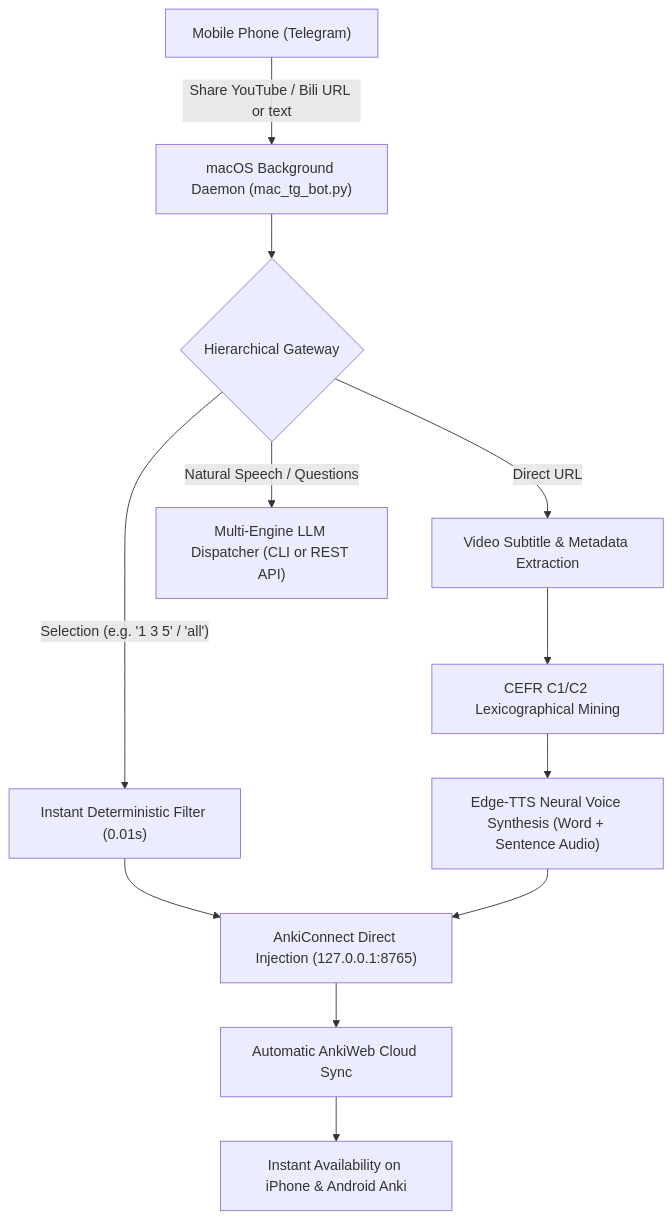
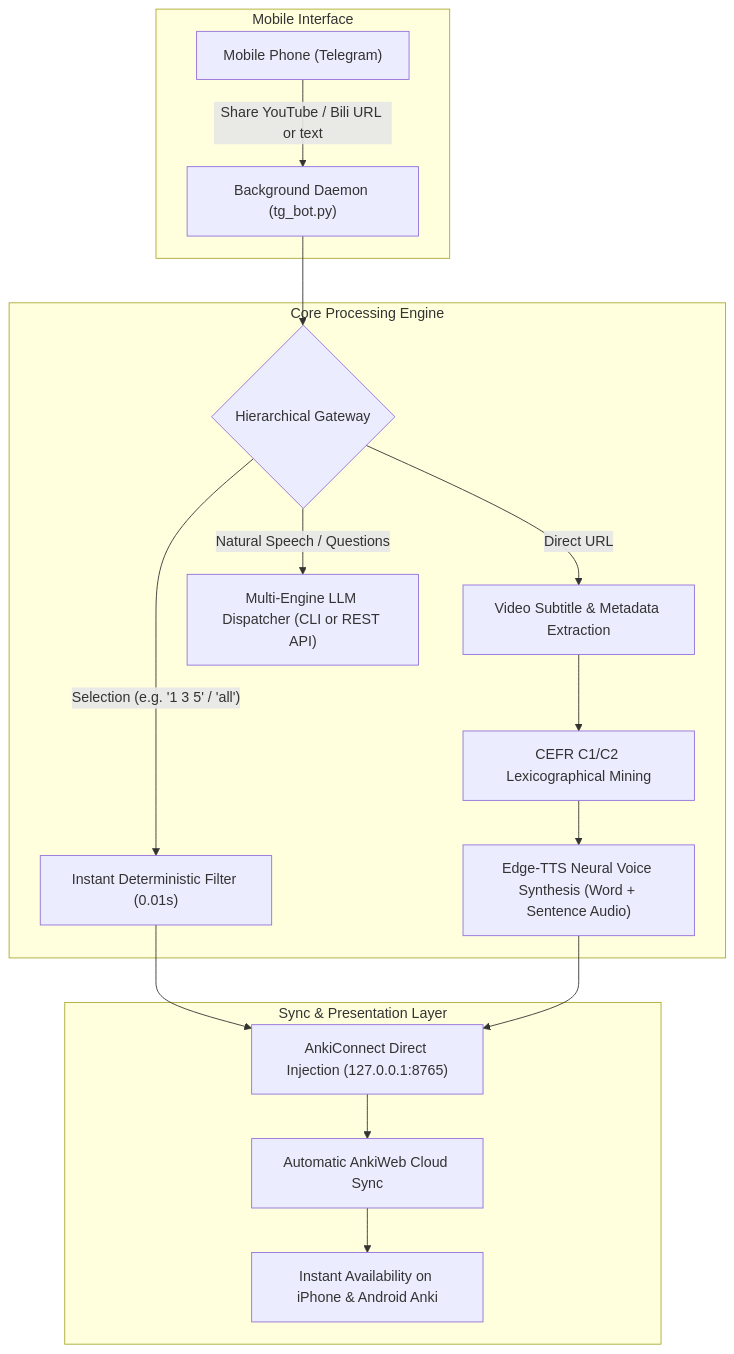
The diagram in README.md (chase-yuan/anki-context-miner), drawn with Mermaid before and after one commit. The commit also changed other lines of this file and 9 other files, not shown here.

Commit message:
feat(deploy): implement cross-platform AI-driven dual-track architecture per MADR 0001

````diff
--- a/README.md
+++ b/README.md
@@ -11,14 +15,22 @@
 ```mermaid
 flowchart TD
-    A["Mobile Phone (Telegram)"] -->|"Share YouTube / Bili URL or text"| B["macOS Background Daemon (mac_tg_bot.py)"]
-    B --> C{"Hierarchical Gateway"}
-    C -->|"Direct URL"| D["Video Subtitle & Metadata Extraction"]
-    C -->|"Selection (e.g. '1 3 5' / 'all')"| E["Instant Deterministic Filter (0.01s)"]
-    C -->|"Natural Speech / Questions"| F["Multi-Engine LLM Dispatcher (CLI or REST API)"]
-    D --> G["CEFR C1/C2 Lexicographical Mining"]
-    G --> H["Edge-TTS Neural Voice Synthesis (Word + Sentence Audio)"]
-    E --> I["AnkiConnect Direct Injection (127.0.0.1:8765)"]
-    H --> I
-    I --> J["Automatic AnkiWeb Cloud Sync"]
-    J --> K["Instant Availability on iPhone & Android Anki"]
+    subgraph "Mobile Interface"
+        A["Mobile Phone (Telegram)"] -->|"Share YouTube / Bili URL or text"| B["Background Daemon (tg_bot.py)"]
+    end
+
+    subgraph "Core Processing Engine"
+        B --> C{"Hierarchical Gateway"}
+        C -->|"Direct URL"| D["Video Subtitle & Metadata Extraction"]
+        C -->|"Selection (e.g. '1 3 5' / 'all')"| E["Instant Deterministic Filter (0.01s)"]
+        C -->|"Natural Speech / Questions"| F["Multi-Engine LLM Dispatcher (CLI or REST API)"]
+        D --> G["CEFR C1/C2 Lexicographical Mining"]
+        G --> H["Edge-TTS Neural Voice Synthesis (Word + Sentence Audio)"]
+    end
+
+    subgraph "Sync & Presentation Layer"
+        E --> I["AnkiConnect Direct Injection (127.0.0.1:8765)"]
+        H --> I
+        I --> J["Automatic AnkiWeb Cloud Sync"]
+        J --> K["Instant Availability on iPhone & Android Anki"]
+    end
 ```
````
